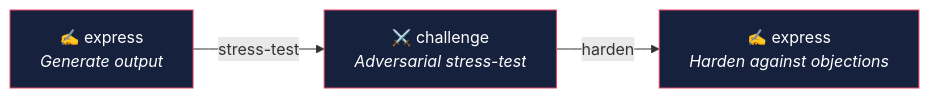
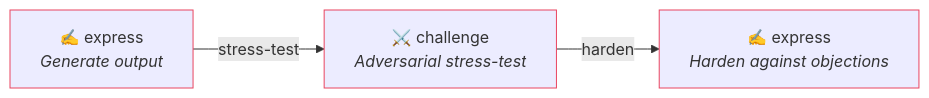
Before and after one commit to janrummel/claude-orchestrator-starter: the third of 5 diagrams in README.md, drawn with Mermaid. The commit also changed other lines of this file and 3 other files, not shown here.

First line of the commit message:
Update website and diagrams: add quality-gate, fix Mermaid styling

````diff
--- a/README.md
+++ b/README.md
@@ -194,13 +194,13 @@
 ```mermaid
 flowchart LR
     E["✍️ express<br/><i>Generate output</i>"]
     CH["⚔️ challenge<br/><i>Adversarial stress-test</i>"]
     E2["✍️ express<br/><i>Harden against objections</i>"]
 
     E -->|"stress-test"| CH
     CH -->|"harden"| E2
 
-    style E fill:#16213e,stroke:#e94560,color:#fff
-    style CH fill:#16213e,stroke:#e94560,color:#fff
-    style E2 fill:#16213e,stroke:#e94560,color:#fff
+    style E stroke:#e94560
+    style CH stroke:#e94560
+    style E2 stroke:#e94560
 ```
````
